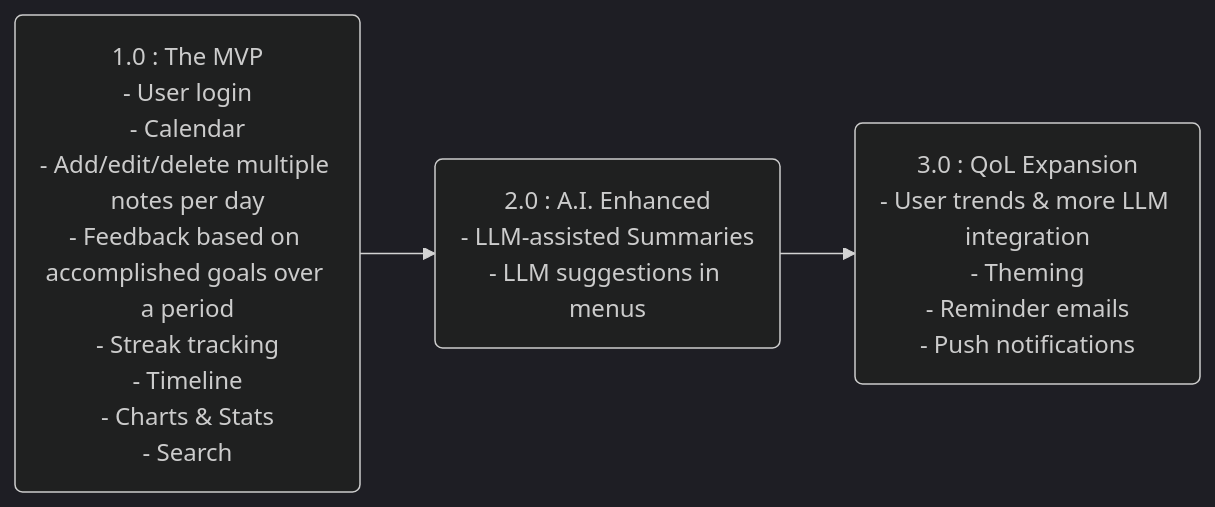
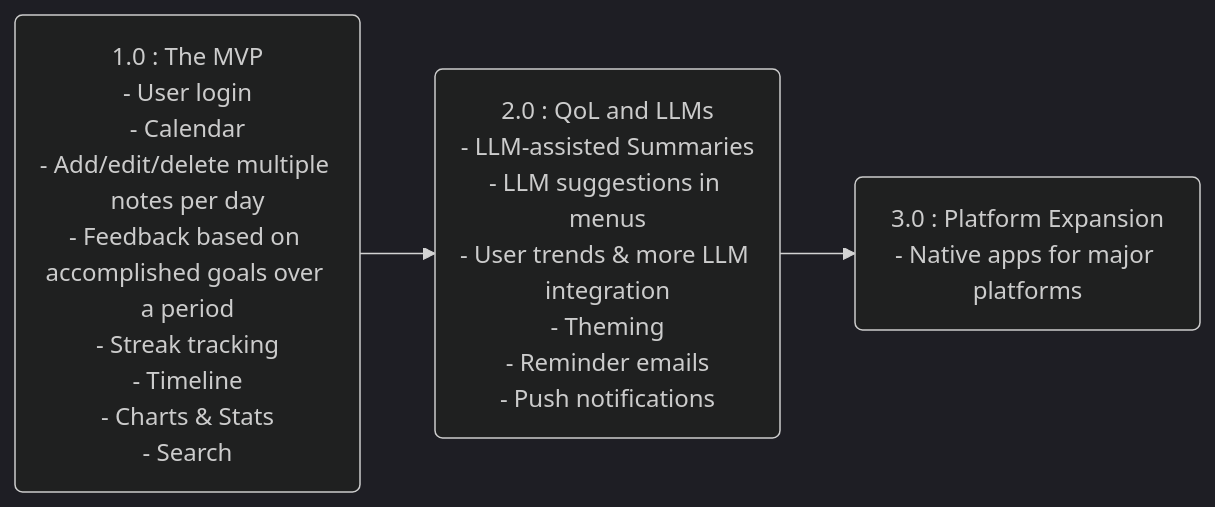
Before and after one commit to LowComDenom/wellness-calendar: the second of 2 diagrams in README.md, drawn with Mermaid (dark theme). The commit also changed other lines of this file and 10 other files, not shown here.

````diff
--- a/README.md
+++ b/README.md
@@ -19,21 +58,26 @@
 ```mermaid
 flowchart LR
+
 1(1.0 : The MVP
 - User login
 - Calendar
 - Add/edit/delete multiple notes per day
 - Feedback based on accomplished goals over a period
 - Streak tracking
 - Timeline
 - Charts & Stats
 - Search)
-2(2.0 : A.I. Enhanced
+
+2(2.0 : QoL and LLMs
 - LLM-assisted Summaries
-- LLM suggestions in menus)
-3(3.0 : QoL Expansion
+- LLM suggestions in menus
 - User trends & more LLM integration
 - Theming
 - Reminder emails
 - Push notifications)
+
+3(3.0 : Platform Expansion
+- Native apps for major platforms)
+
 1 --> 2 --> 3
 ```
````
